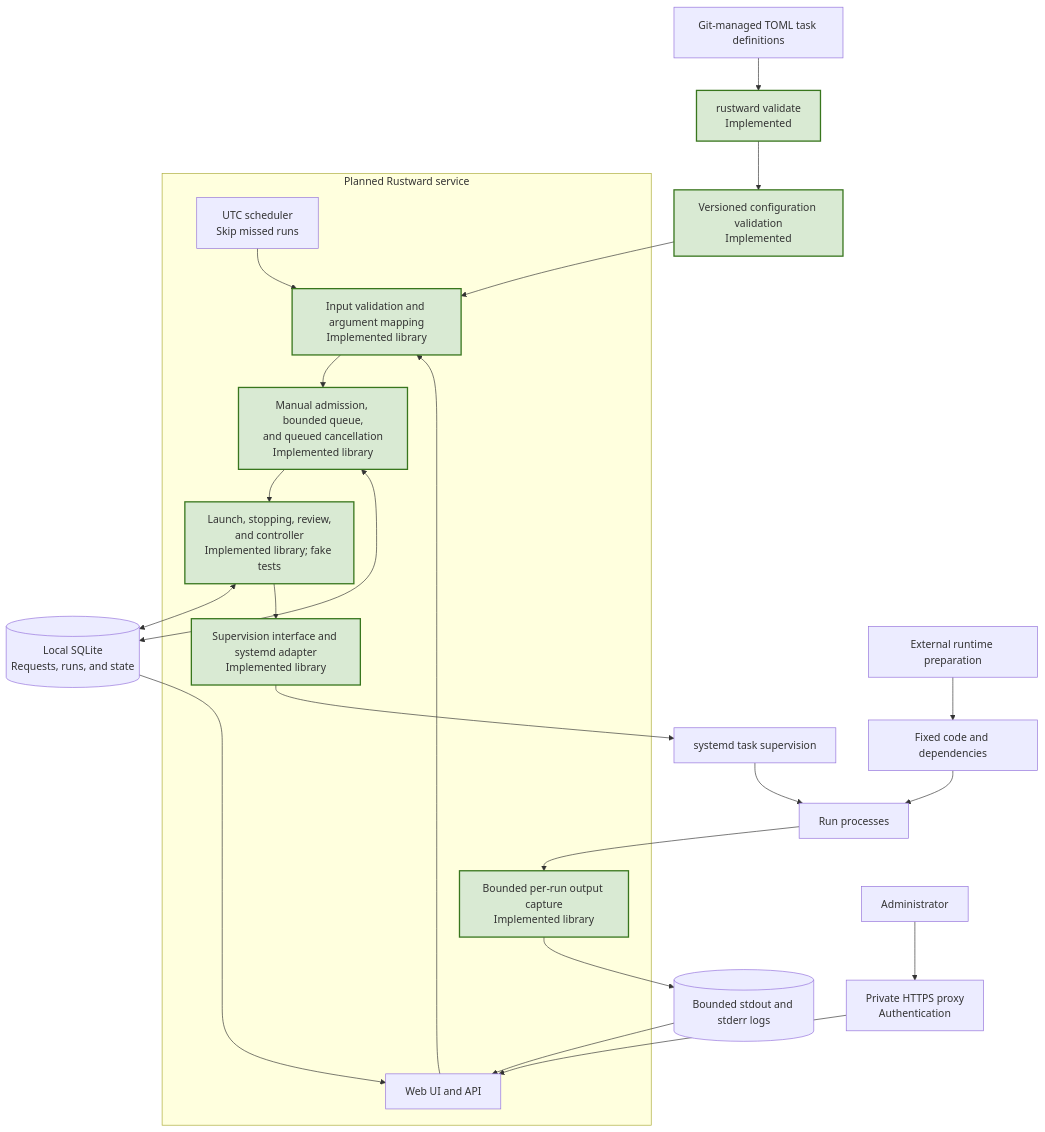
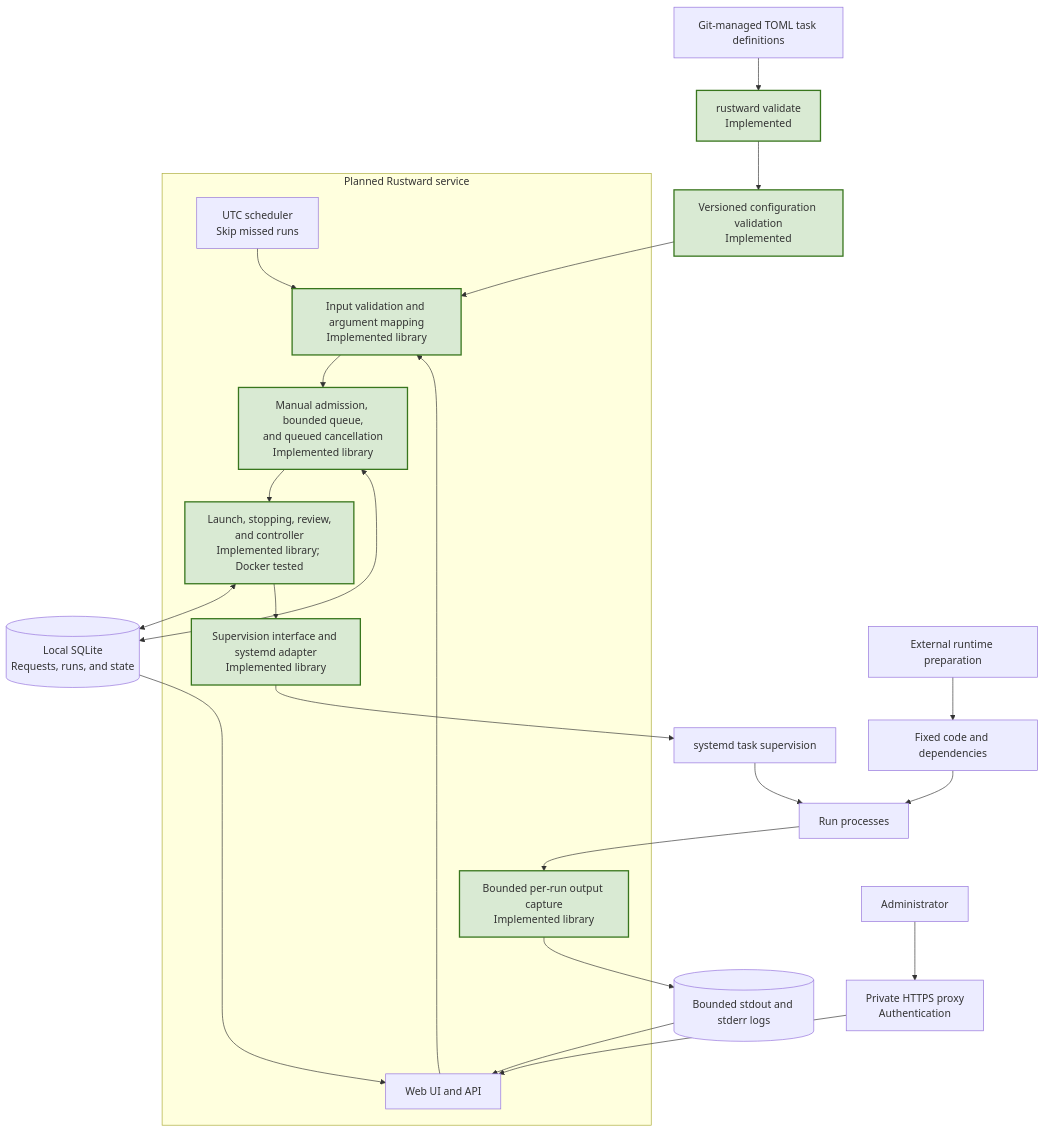
Before and after one commit to chrizpower/rustward: the diagram in docs/ARCHITECTURE.md, drawn with Mermaid. The commit also changed other lines of this file and 11 other files, not shown here.

Commit message:
docs: record complete Docker acceptance review

````diff
--- a/docs/ARCHITECTURE.md
+++ b/docs/ARCHITECTURE.md
@@ -14,46 +14,46 @@
 ```mermaid
 flowchart TB
     Git["Git-managed TOML task definitions"]
     CLI["rustward validate<br/>Implemented"]
     Config["Versioned configuration validation<br/>Implemented"]
 
     Admin["Administrator"]
     Proxy["Private HTTPS proxy<br/>Authentication"]
 
     subgraph Service["Planned Rustward service"]
         UI["Web UI and API"]
         Cron["UTC scheduler<br/>Skip missed runs"]
         Inputs["Input validation and argument mapping<br/>Implemented library"]
         Queue["Manual admission, bounded queue,<br/>and queued cancellation<br/>Implemented library"]
-        Dispatch["Launch, stopping, review,<br/>and controller<br/>Implemented library; fake tests"]
+        Dispatch["Launch, stopping, review,<br/>and controller<br/>Implemented library; Docker tested"]
         Adapter["Supervision interface and systemd adapter<br/>Implemented library"]
         Capture["Bounded per-run output capture<br/>Implemented library"]
     end
 
     DB[("Local SQLite<br/>Requests, runs, and state")]
     Prepare["External runtime preparation"]
     Runtime["Fixed code and dependencies"]
     Systemd["systemd task supervision"]
     Task["Run processes"]
     Logs[("Bounded stdout and stderr logs")]
 
     Git --> CLI --> Config
     Config --> Inputs
 
     Admin --> Proxy --> UI
     UI --> Inputs
     Cron --> Inputs
     Inputs --> Queue --> Dispatch
     Queue <--> DB
     Dispatch <--> DB
 
     Prepare --> Runtime
     Dispatch --> Adapter --> Systemd --> Task
     Runtime --> Task
     Task --> Capture --> Logs
     Logs --> UI
     DB --> UI
 
     classDef implemented fill:#d9ead3,stroke:#38761d,stroke-width:2px
     class CLI,Config,Inputs,Queue,Dispatch,Adapter,Capture implemented
 ```
````
